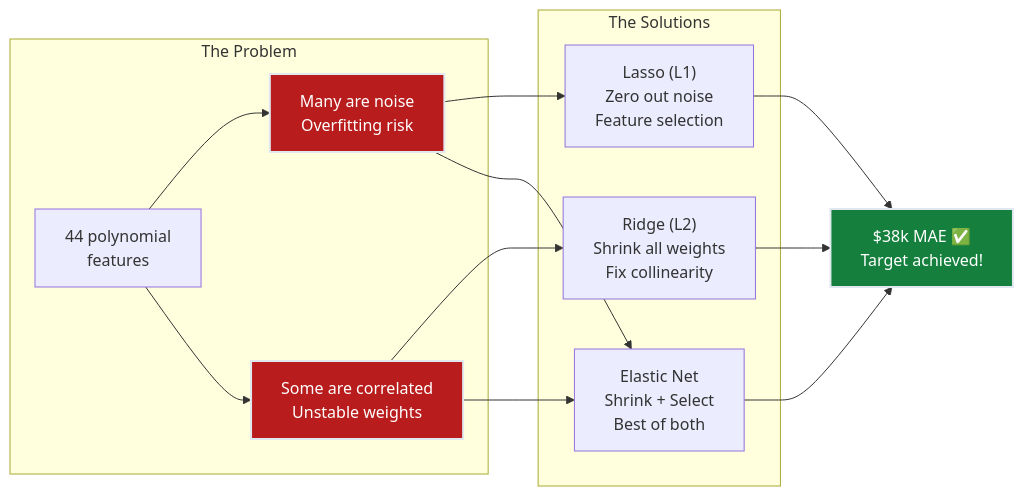
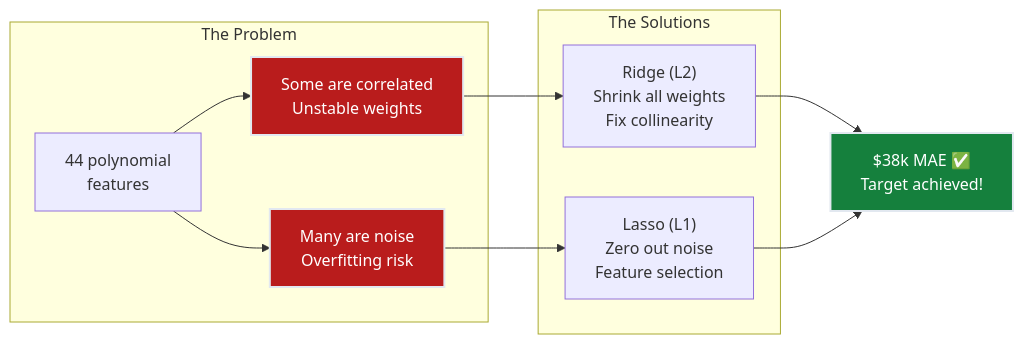
The first of 5 diagrams in notes/ML/01_regression/ch05_regularization/README.md (deepakshamsft/ai-portfolio), drawn with Mermaid before and after one commit. The commit also changed other lines of this file and 7 other files, not shown here.

````diff
--- a/notes/ML/01_regression/ch05_regularization/README.md
+++ b/notes/ML/01_regression/ch05_regularization/README.md
@@ -47,26 +46,22 @@
 ```mermaid
 flowchart LR
     subgraph "The Problem"
         POLY["44 polynomial<br/>features"] --> NOISE["Many are noise<br/>Overfitting risk"]
         POLY --> COLLIN["Some are correlated<br/>Unstable weights"]
     end
     
     subgraph "The Solutions"
         RIDGE["Ridge (L2)<br/>Shrink all weights<br/>Fix collinearity"] 
         LASSO["Lasso (L1)<br/>Zero out noise<br/>Feature selection"]
-        ELASTIC["Elastic Net<br/>Shrink + Select<br/>Best of both"]
     end
     
     NOISE --> LASSO
     COLLIN --> RIDGE
-    NOISE --> ELASTIC
-    COLLIN --> ELASTIC
     
     RIDGE --> RESULT["$38k MAE ✅<br/>Target achieved!"]
     LASSO --> RESULT
-    ELASTIC --> RESULT
     
     style NOISE fill:#b91c1c,stroke:#e2e8f0,stroke-width:2px,color:#ffffff
     style COLLIN fill:#b91c1c,stroke:#e2e8f0,stroke-width:2px,color:#ffffff
     style RESULT fill:#15803d,stroke:#e2e8f0,stroke-width:2px,color:#ffffff
 ```
````
